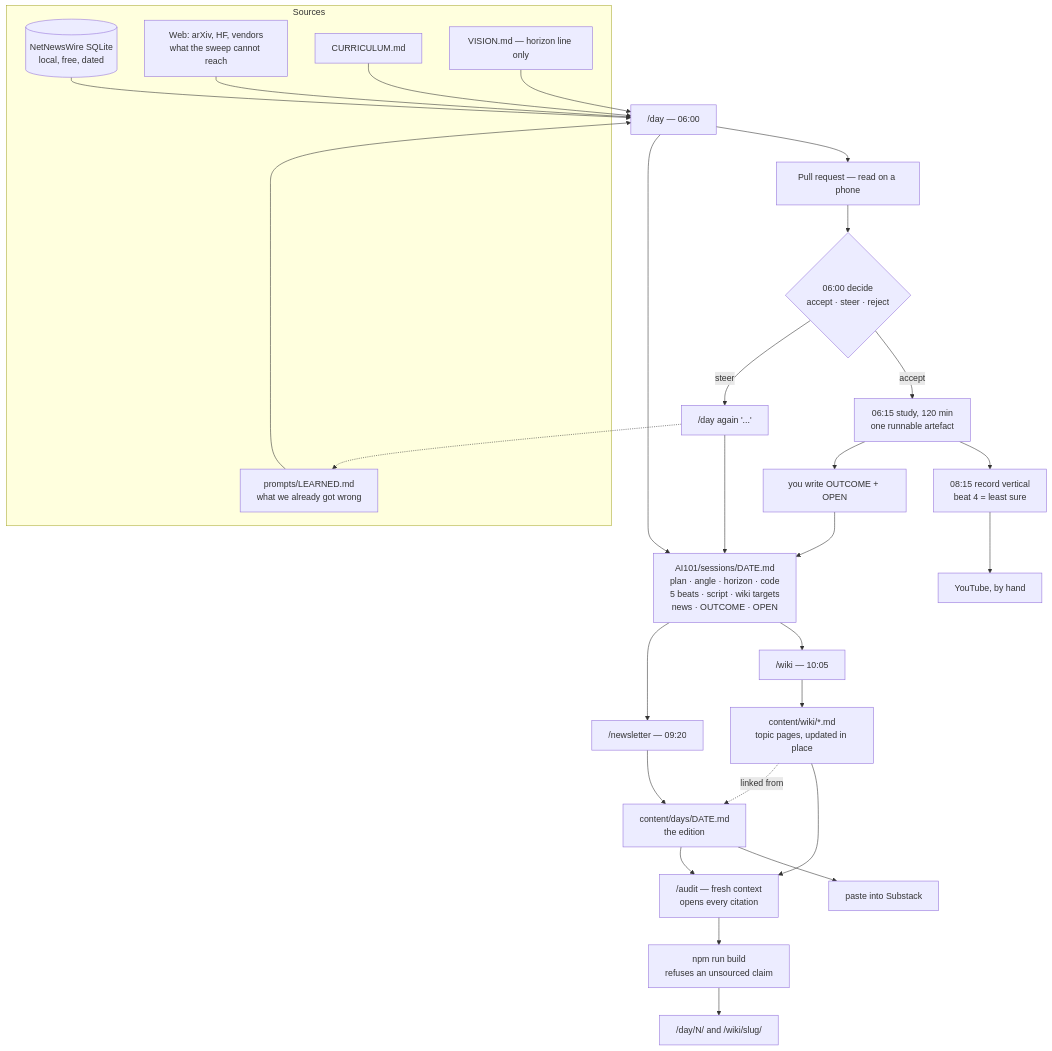
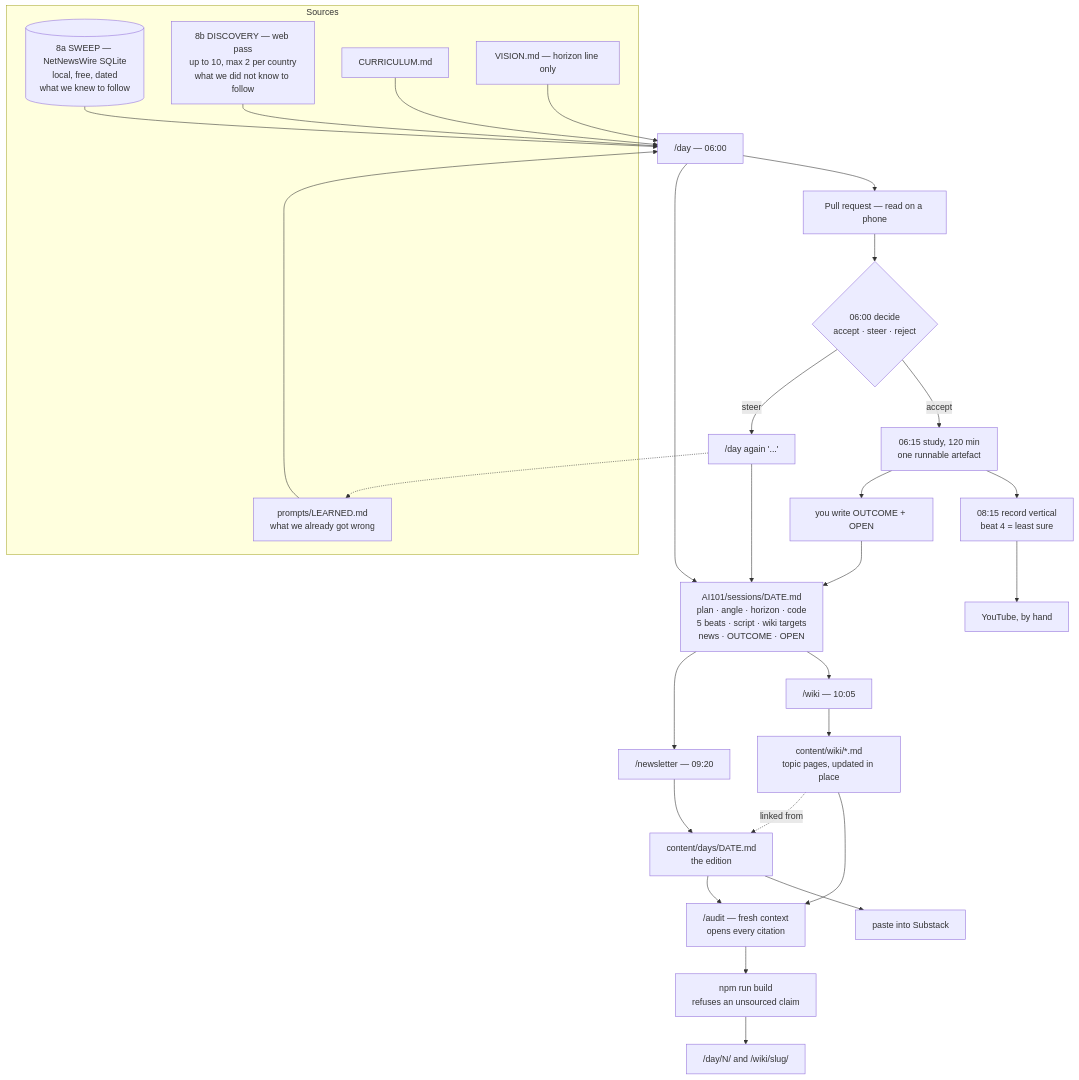
The first of 3 diagrams in AI101/WORKFLOW.md (jpysh/jains.es), drawn with Mermaid before and after one commit. The commit also changed other lines of this file and 3 other files, not shown here.

First line of the commit message:
Add the discovery pass: a second news source that goes looking

````diff
--- a/AI101/WORKFLOW.md
+++ b/AI101/WORKFLOW.md
@@ -46,45 +46,45 @@
 ```mermaid
 flowchart TD
     subgraph SRC["Sources"]
-        NNW[("NetNewsWire SQLite<br/>local, free, dated")]
-        WEB["Web: arXiv, HF, vendors<br/>what the sweep cannot reach"]
+        NNW[("8a SWEEP — NetNewsWire SQLite<br/>local, free, dated<br/>what we knew to follow")]
+        WEB["8b DISCOVERY — web pass<br/>up to 10, max 2 per country<br/>what we did not know to follow"]
         CUR["CURRICULUM.md"]
         VIS["VISION.md — horizon line only"]
         LRN["prompts/LEARNED.md<br/>what we already got wrong"]
     end
 
     DAY["/day — 06:00"]
     NNW --> DAY
     WEB --> DAY
     CUR --> DAY
     VIS --> DAY
     LRN --> DAY
 
     DAY --> SESS["AI101/sessions/DATE.md<br/>plan · angle · horizon · code<br/>5 beats · script · wiki targets<br/>news · OUTCOME · OPEN"]
     DAY --> PR["Pull request — read on a phone"]
 
     PR --> DEC{"06:00 decide<br/>accept · steer · reject"}
     DEC -->|steer| AGAIN["/day again '...'"]
     AGAIN --> SESS
     AGAIN -.-> LRN
     DEC -->|accept| STUDY["06:15 study, 120 min<br/>one runnable artefact"]
 
     STUDY --> FILL["you write OUTCOME + OPEN"]
     FILL --> SESS
     STUDY --> REC["08:15 record vertical<br/>beat 4 = least sure"]
 
     SESS --> NL["/newsletter — 09:20"]
     SESS --> WK["/wiki — 10:05"]
 
     NL --> ED["content/days/DATE.md<br/>the edition"]
     WK --> TOPIC["content/wiki/*.md<br/>topic pages, updated in place"]
     TOPIC -.->|linked from| ED
 
     ED --> AUD["/audit — fresh context<br/>opens every citation"]
     TOPIC --> AUD
 
     AUD --> BUILD["npm run build<br/>refuses an unsourced claim"]
     BUILD --> SITE["/day/N/ and /wiki/slug/"]
     ED --> SUB["paste into Substack"]
     REC --> YT["YouTube, by hand"]
 ```
````
